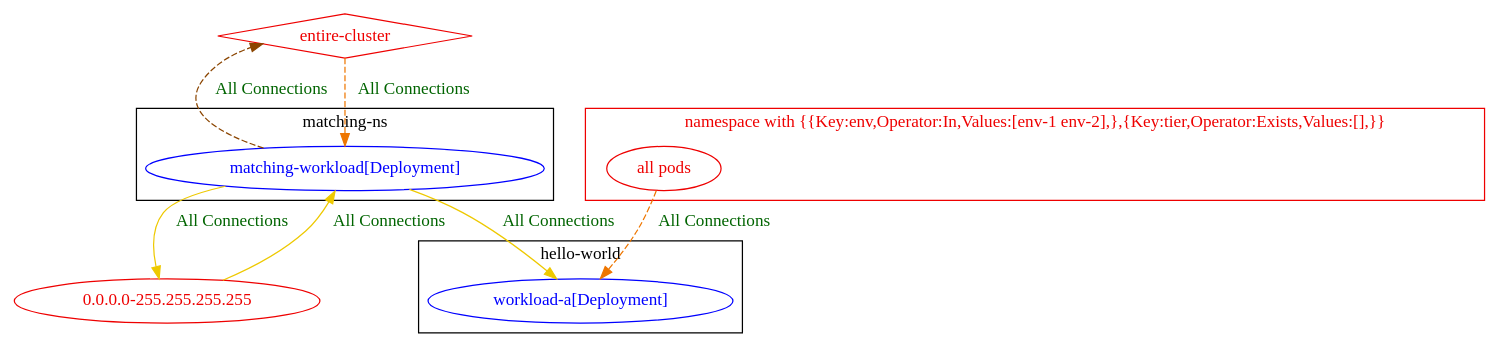
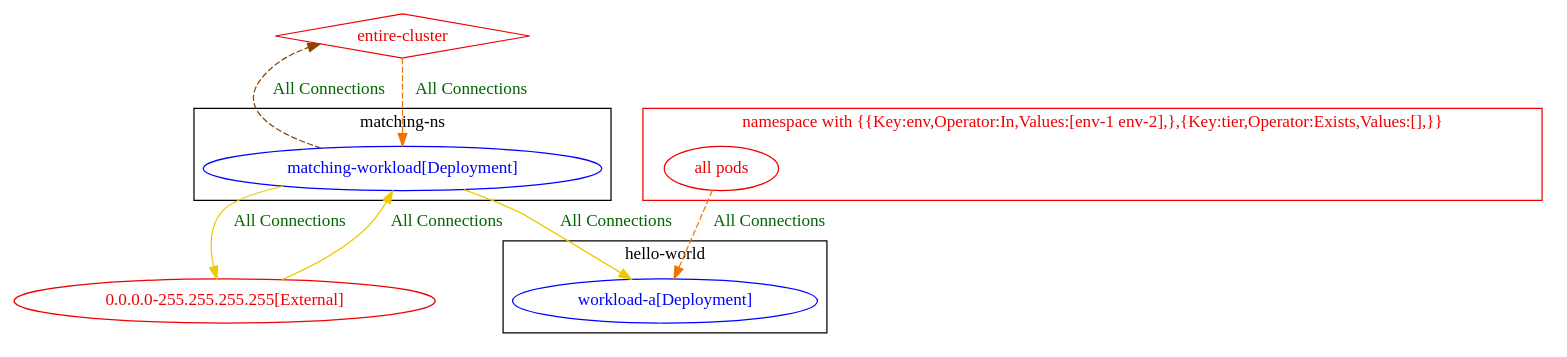
The diagram in test_outputs/connlist/exposure_test_with_multiple_policies_1_with_matching_pod_exposure_output.dot (np-guard/netpol-analyzer), drawn with Graphviz before and after one commit. The commit also changed 1013 other files, not shown here.

Commit message:
add label [External] to IPBlock string representation

```diff
--- a/test_outputs/connlist/exposure_test_with_multiple_policies_1_with_matching_pod_exposure_output.dot
+++ b/test_outputs/connlist/exposure_test_with_multiple_policies_1_with_matching_pod_exposure_output.dot
@@ -1,28 +1,28 @@
 digraph {
 	subgraph "cluster_hello_world" {
 		color="black"
 		fontcolor="black"
 		"hello-world/workload-a[Deployment]" [label="workload-a[Deployment]" color="blue" fontcolor="blue"]
 		label="hello-world"
 	}
 	subgraph "cluster_matching_ns" {
 		color="black"
 		fontcolor="black"
 		"matching-ns/matching-workload[Deployment]" [label="matching-workload[Deployment]" color="blue" fontcolor="blue"]
 		label="matching-ns"
 	}
 	subgraph "cluster_namespace with {{Key:env,Operator:In,Values:[env_1 env_2],},{Key:tier,Operator:Exists,Values:[],}}" {
 		color="red2"
 		fontcolor="red2"
 		"all pods_in_namespace with {{Key:env,Operator:In,Values:[env-1 env-2],},{Key:tier,Operator:Exists,Values:[],}}" [label="all pods" color="red2" fontcolor="red2"]
 		label="namespace with {{Key:env,Operator:In,Values:[env-1 env-2],},{Key:tier,Operator:Exists,Values:[],}}"
 	}
-	"0.0.0.0-255.255.255.255" [label="0.0.0.0-255.255.255.255" color="red2" fontcolor="red2"]
+	"0.0.0.0-255.255.255.255[External]" [label="0.0.0.0-255.255.255.255[External]" color="red2" fontcolor="red2"]
 	"entire-cluster" [label="entire-cluster" color="red2" fontcolor="red2" shape=diamond]
-	"0.0.0.0-255.255.255.255" -> "matching-ns/matching-workload[Deployment]" [label="All Connections" color="gold2" fontcolor="darkgreen" weight=0.5]
+	"0.0.0.0-255.255.255.255[External]" -> "matching-ns/matching-workload[Deployment]" [label="All Connections" color="gold2" fontcolor="darkgreen" weight=0.5]
 	"all pods_in_namespace with {{Key:env,Operator:In,Values:[env-1 env-2],},{Key:tier,Operator:Exists,Values:[],}}" -> "hello-world/workload-a[Deployment]" [label="All Connections" color="darkorange2" fontcolor="darkgreen" weight=1 style=dashed]
 	"entire-cluster" -> "matching-ns/matching-workload[Deployment]" [label="All Connections" color="darkorange2" fontcolor="darkgreen" weight=1 style=dashed]
-	"matching-ns/matching-workload[Deployment]" -> "0.0.0.0-255.255.255.255" [label="All Connections" color="gold2" fontcolor="darkgreen" weight=1]
+	"matching-ns/matching-workload[Deployment]" -> "0.0.0.0-255.255.255.255[External]" [label="All Connections" color="gold2" fontcolor="darkgreen" weight=1]
 	"matching-ns/matching-workload[Deployment]" -> "entire-cluster" [label="All Connections" color="darkorange4" fontcolor="darkgreen" weight=0.5 style=dashed]
 	"matching-ns/matching-workload[Deployment]" -> "hello-world/workload-a[Deployment]" [label="All Connections" color="gold2" fontcolor="darkgreen" weight=1]
 }
```
